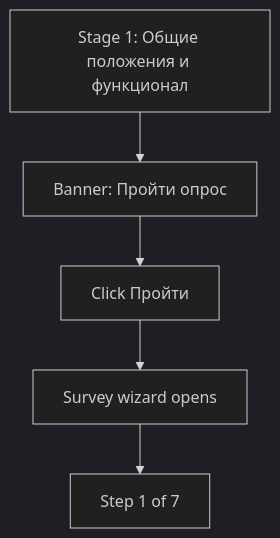
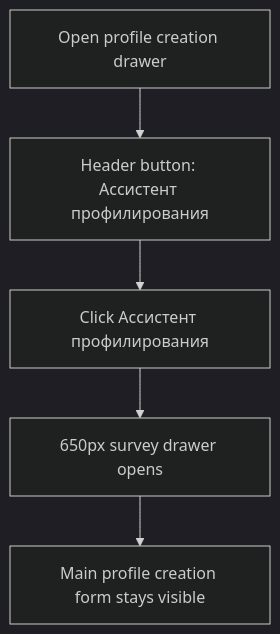
One commit to Anton-Sukhankin/HR-Profiling-Block changed the first of 7 diagrams in docs/components/profile-survey/user-flows.md. Above: the diagram before and after it, drawn with Mermaid (dark theme). The commit also changed other lines of this file and 14 other files, not shown here.

````diff
--- a/docs/components/profile-survey/user-flows.md
+++ b/docs/components/profile-survey/user-flows.md
@@ -5,7 +5,7 @@
 ```mermaid
 flowchart TD
-  A["Stage 1: Общие положения и функционал"] --> B["Banner: Пройти опрос"]
-  B --> C["Click Пройти"]
-  C --> D["Survey wizard opens"]
-  D --> E["Step 1 of 7"]
+  A["Open profile creation drawer"] --> B["Header button: Ассистент профилирования"]
+  B --> C["Click Ассистент профилирования"]
+  C --> D["650px survey drawer opens"]
+  D --> E["Main profile creation form stays visible"]
 ```
````
